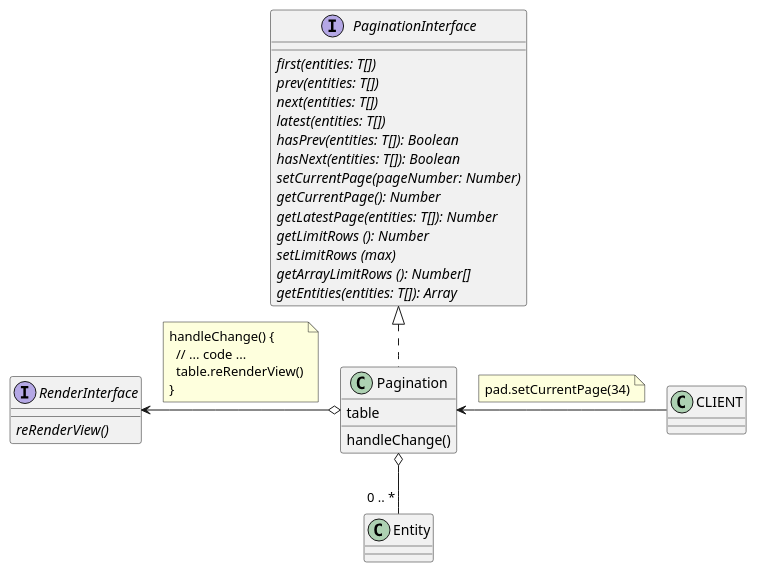
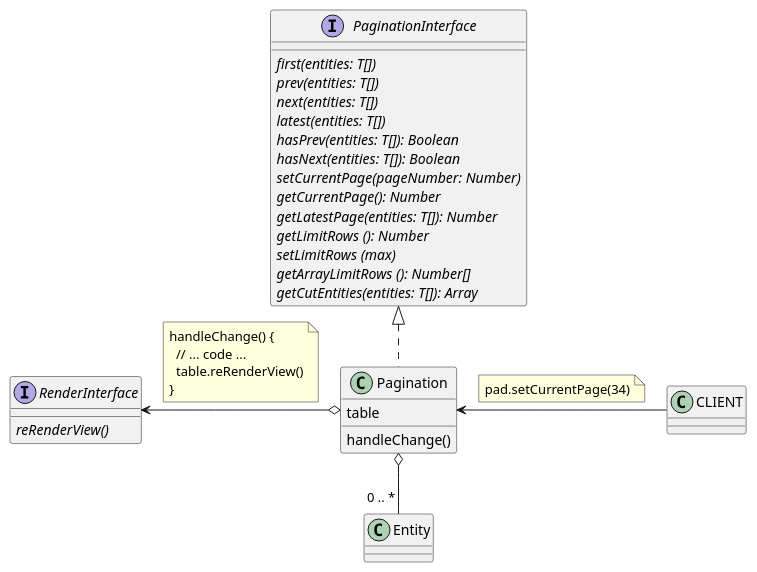
One commit to gothic-prince/table-component-es changed the diagram in src/Models/Pagination/Pagination.puml. Above: the diagram before and after it, drawn with PlantUML. The commit also changed 3 other files, not shown here.

```diff
--- a/src/Models/Pagination/Pagination.puml
+++ b/src/Models/Pagination/Pagination.puml
@@ -1,38 +1,38 @@
 @startuml
 
 interface RenderInterface {
   {abstract} reRenderView()
 }
 interface PaginationInterface {
   {abstract} first(entities: T[])
   {abstract} prev(entities: T[])
   {abstract} next(entities: T[])
   {abstract} latest(entities: T[])
   {abstract} hasPrev(entities: T[]): Boolean
   {abstract} hasNext(entities: T[]): Boolean
   {abstract} setCurrentPage(pageNumber: Number)
   {abstract} getCurrentPage(): Number
   {abstract} getLatestPage(entities: T[]): Number
   {abstract} getLimitRows (): Number
   {abstract} setLimitRows (max)
   {abstract} getArrayLimitRows (): Number[]
-  {abstract} getEntities(entities: T[]): Array
+  {abstract} getCutEntities(entities: T[]): Array
 }
 class Pagination {
   table
   handleChange()
 }
 Pagination o-- "0 .. *" Entity
 PaginationInterface <|.. Pagination
 RenderInterface <-o  Pagination
 note left on link
 handleChange() {
   // ... code ...
   table.reRenderView()
 }
 end note
 Pagination <- CLIENT
 note left on link
   pad.setCurrentPage(34)
 end note
 @enduml
```
